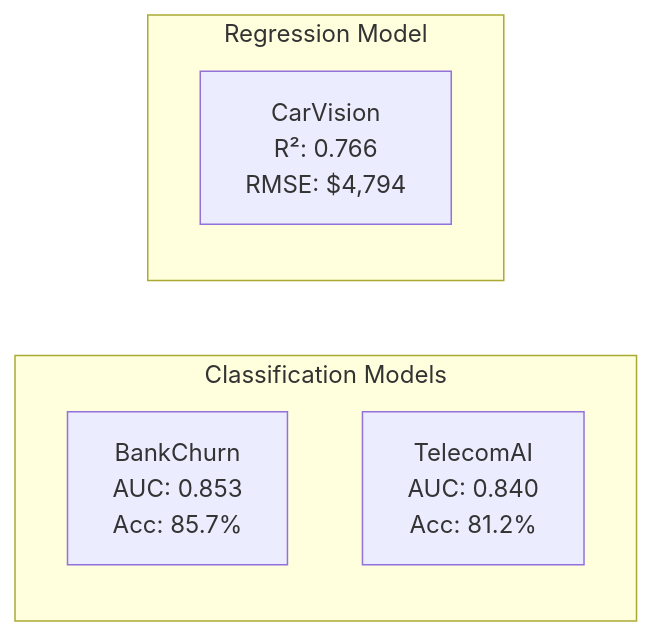
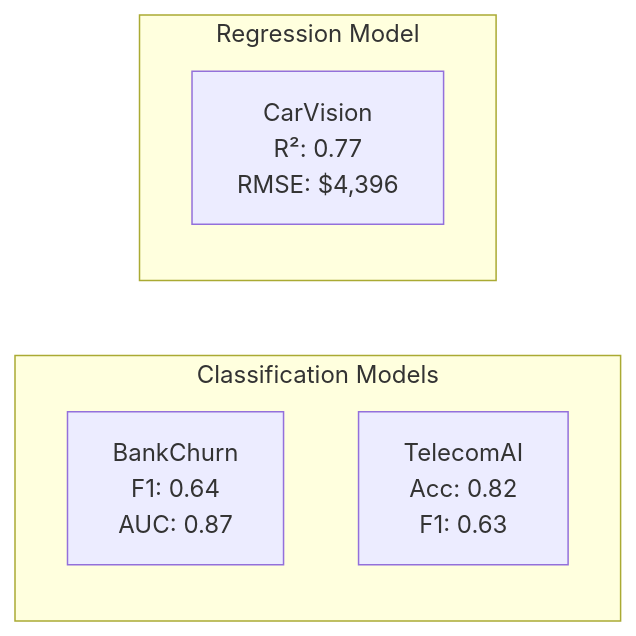
The diagram in docs/projects/overview.md (DuqueOM/ML-MLOps-Portfolio), drawn with Mermaid before and after one commit. The commit also changed other lines of this file and 20 other files, not shown here.

````diff
--- a/docs/projects/overview.md
+++ b/docs/projects/overview.md
@@ -18,11 +25,11 @@
 ```mermaid
 graph LR
     subgraph "Classification Models"
-        BC["BankChurn<br/>AUC: 0.853<br/>Acc: 85.7%"]
-        TC["TelecomAI<br/>AUC: 0.840<br/>Acc: 81.2%"]
+        BC["BankChurn<br/>F1: 0.64<br/>AUC: 0.87"]
+        TC["TelecomAI<br/>Acc: 0.82<br/>F1: 0.63"]
     end
     
     subgraph "Regression Model"
-        CV["CarVision<br/>R²: 0.766<br/>RMSE: $4,794"]
+        CV["CarVision<br/>R²: 0.77<br/>RMSE: $4,396"]
     end
 ```
````
